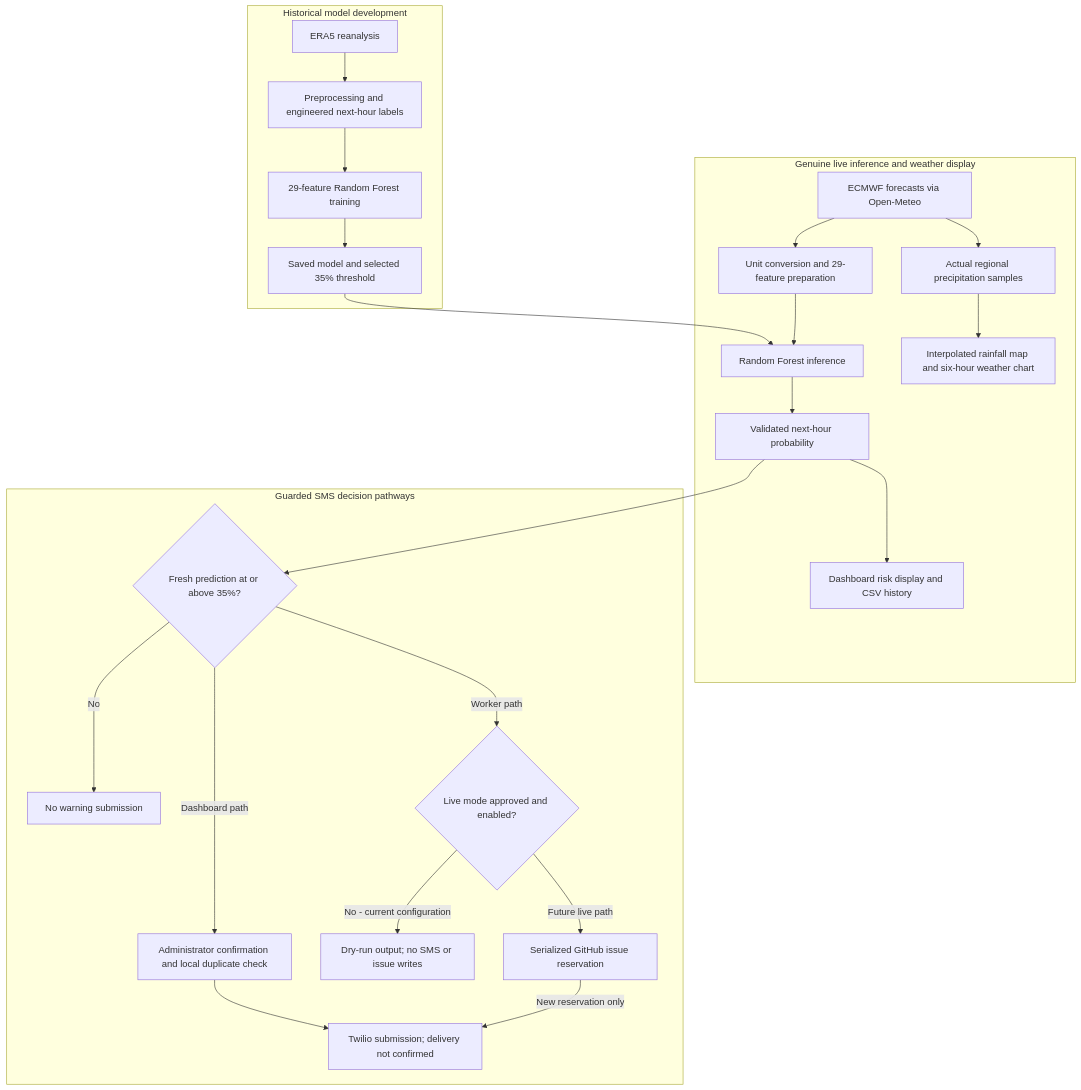
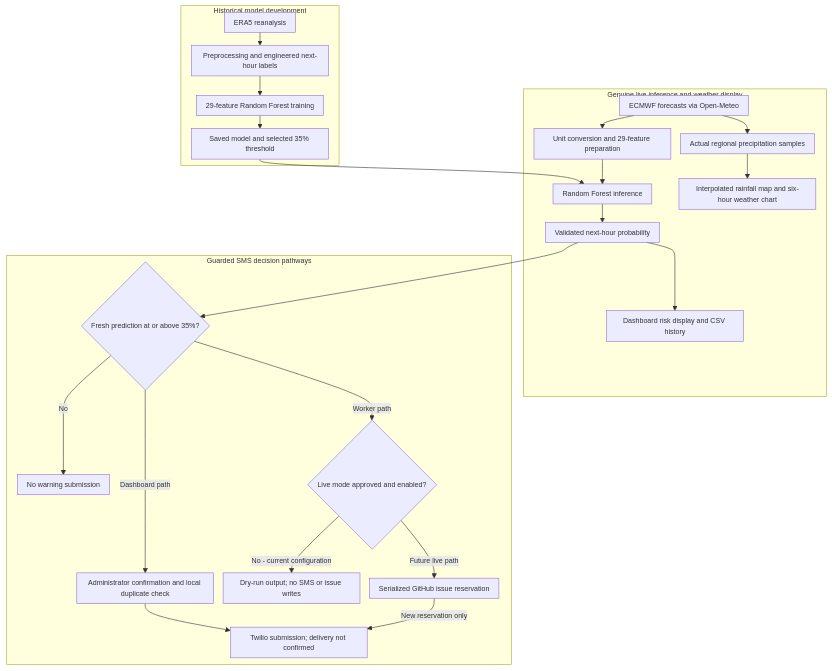
Before and after one commit to mdvar2/matatiele-storm-early-warning-system: the diagram in README.md, drawn with Mermaid. The commit also changed other lines of this file, not shown here.

````diff
--- a/README.md
+++ b/README.md
@@ -54,29 +54,30 @@
 ```mermaid
+%%{init: {"themeVariables": {"fontSize": "12px"}, "flowchart": {"nodeSpacing": 16, "rankSpacing": 22, "padding": 8, "diagramPadding": 8, "useMaxWidth": true}}}%%
 flowchart TB
     subgraph Training["Historical model development"]
         ERA5["ERA5 reanalysis"] --> PREP["Preprocessing and engineered next-hour labels"]
         PREP --> TRAIN["29-feature Random Forest training"]
         TRAIN --> MODEL["Saved model and selected 35% threshold"]
     end
 
     subgraph Inference["Genuine live inference and weather display"]
         ECMWF["ECMWF forecasts via Open-Meteo"] --> INPUT["Unit conversion and 29-feature preparation"]
         MODEL --> RF["Random Forest inference"]
         INPUT --> RF
         RF --> RESULT["Validated next-hour probability"]
         RESULT --> DASH["Dashboard risk display and CSV history"]
         ECMWF --> REGIONAL["Actual regional precipitation samples"]
         REGIONAL --> MAP["Interpolated rainfall map and six-hour weather chart"]
     end
 
     subgraph Notifications["Guarded SMS decision pathways"]
         RESULT --> WARN{"Fresh prediction at or above 35%?"}
         WARN -->|No| NONE["No warning submission"]
         WARN -->|Dashboard path| ADMIN["Administrator confirmation and local duplicate check"]
         ADMIN --> TWILIO["Twilio submission; delivery not confirmed"]
         WARN -->|Worker path| MODE{"Live mode approved and enabled?"}
         MODE -->|"No - current configuration"| DRY["Dry-run output; no SMS or issue writes"]
         MODE -->|"Future live path"| LEDGER["Serialized GitHub issue reservation"]
         LEDGER -->|"New reservation only"| TWILIO
     end
 ```
````
